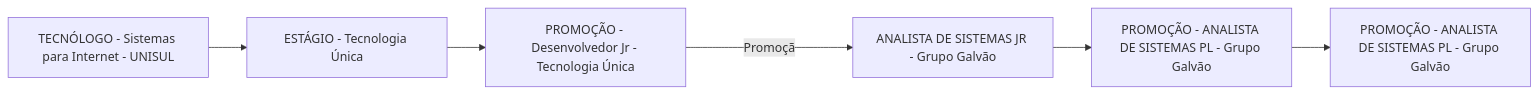
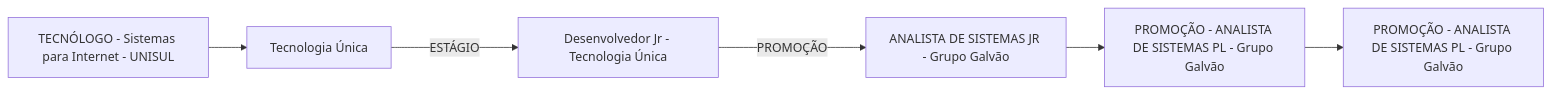
The diagram in Advanced-Business-Development-with-.NET/1º-Semestre/Aula-01-%2D-Introdução-e-Apresentação/Apresentação-do-Professor.md (rafsp/Graduacao_FIAP), drawn with Mermaid before and after one commit.

Commit message:
Updated Apresentação do Professor

```diff
--- a/Advanced-Business-Development-with-.NET/1º-Semestre/Aula-01-%2D-Introdução-e-Apresentação/Apresentação-do-Professor.md
+++ b/Advanced-Business-Development-with-.NET/1º-Semestre/Aula-01-%2D-Introdução-e-Apresentação/Apresentação-do-Professor.md
@@ -1,14 +1,14 @@
 ::: mermaid
 flowchart LR;
 a[TECNÓLOGO - Sistemas para Internet - UNISUL];
-b[ESTÁGIO - Tecnologia Única];
-c[PROMOÇÃO - Desenvolvedor Jr - Tecnologia Única];
+b[Tecnologia Única];
+c[Desenvolvedor Jr - Tecnologia Única];
 d[ANALISTA DE SISTEMAS JR - Grupo Galvão];
 e[PROMOÇÃO - ANALISTA DE SISTEMAS PL - Grupo Galvão];
 f[PROMOÇÃO - ANALISTA DE SISTEMAS PL - Grupo Galvão];
 a-->b;
-b-->c;
-c--Promoção--->d;
+b--ESTÁGIO--->c;
+c--PROMOÇÃO--->d;
 d-->e;
 e-->f;
 :::
```
